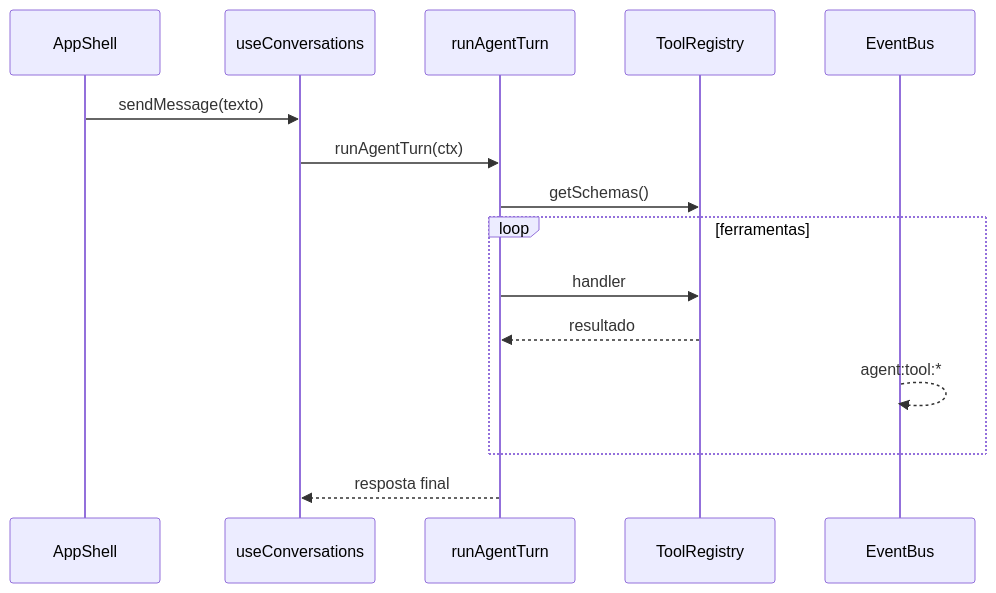
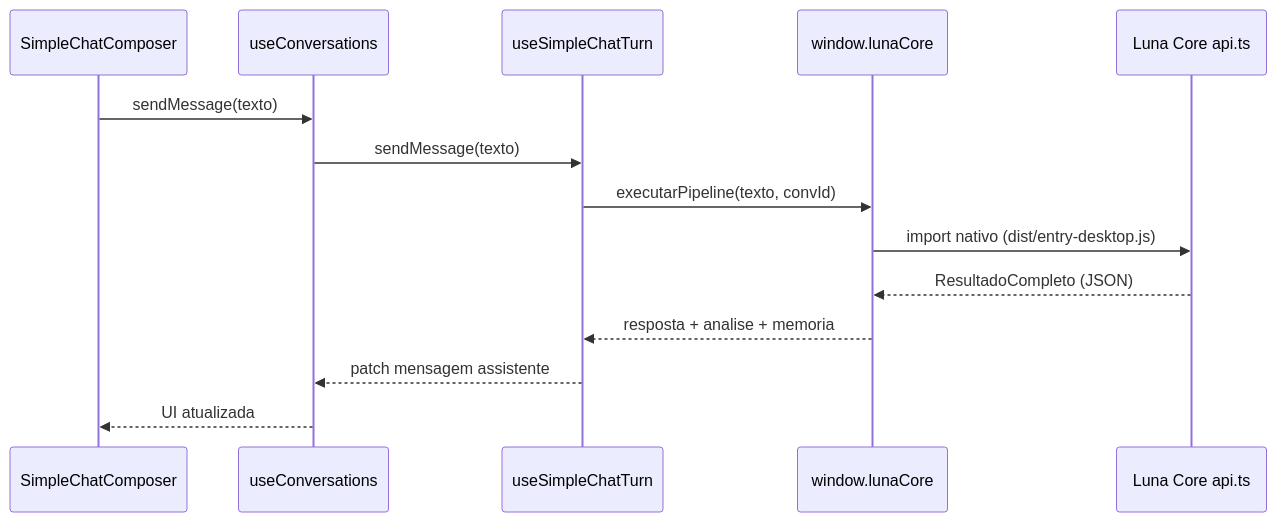
The diagram in docs/architecture.md (NowardEthan/Luna), drawn with Mermaid before and after one commit. The commit also changed other lines of this file and 581 other files, not shown here.

First line of the commit message:
feat: integrar Luna Core, Forge e consolidação do shell Orbit

````diff
--- a/docs/architecture.md
+++ b/docs/architecture.md
@@ -37,18 +37,17 @@
 ```mermaid
 sequenceDiagram
-  participant UI as AppShell
+  participant UI as SimpleChatComposer
   participant Hook as useConversations
-  participant Agent as runAgentTurn
-  participant Reg as ToolRegistry
-  participant Bus as EventBus
+  participant Turn as useSimpleChatTurn
+  participant IPC as window.lunaCore
+  participant Core as Luna Core api.ts
 
   UI->>Hook: sendMessage(texto)
-  Hook->>Agent: runAgentTurn(ctx)
-  Agent->>Reg: getSchemas()
-  loop ferramentas
-    Agent->>Reg: handler
-    Reg-->>Agent: resultado
-    Bus-->>Bus: agent:tool:*
-  end
-  Agent-->>Hook: resposta final
+  Hook->>Turn: sendMessage(texto)
+  Turn->>IPC: executarPipeline(texto, convId)
+  IPC->>Core: import nativo (dist/entry-desktop.js)
+  Core-->>IPC: ResultadoCompleto (JSON)
+  IPC-->>Turn: resposta + analise + memoria
+  Turn-->>Hook: patch mensagem assistente
+  Hook-->>UI: UI atualizada
 ```
````
